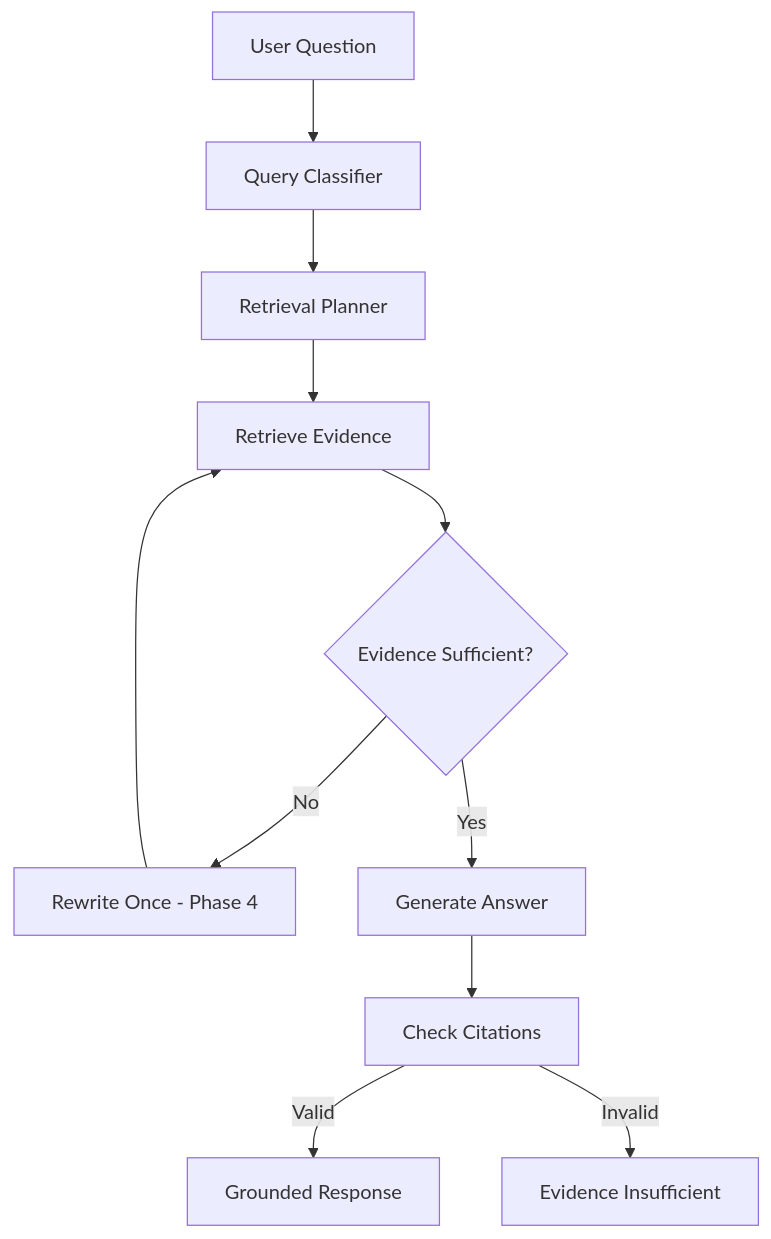
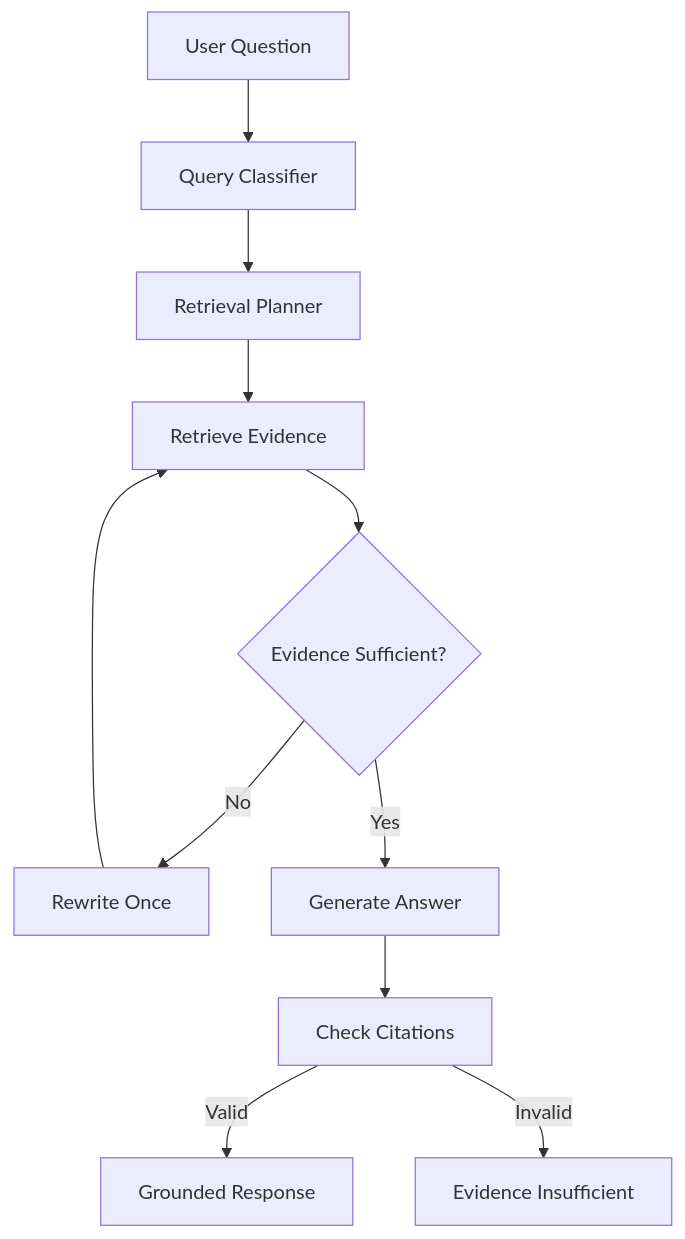
Before and after one commit to lll2777/Domain-Adaptive-Agentic-GraphRAG-Platform: the third of 3 diagrams in README.md, drawn with Mermaid. The commit also changed other lines of this file and 19 other files, not shown here.

````diff
--- a/README.md
+++ b/README.md
@@ -70,13 +71,13 @@
 ```mermaid
 flowchart TD
   Q[User Question] --> Classifier[Query Classifier]
   Classifier --> Planner[Retrieval Planner]
   Planner --> Retrieve[Retrieve Evidence]
   Retrieve --> Check{Evidence Sufficient?}
-  Check -- No --> Rewrite[Rewrite Once - Phase 4]
+  Check -- No --> Rewrite[Rewrite Once]
   Rewrite --> Retrieve
   Check -- Yes --> Generate[Generate Answer]
   Generate --> Cite[Check Citations]
   Cite -- Valid --> Response[Grounded Response]
   Cite -- Invalid --> Refuse[Evidence Insufficient]
 ```
````
